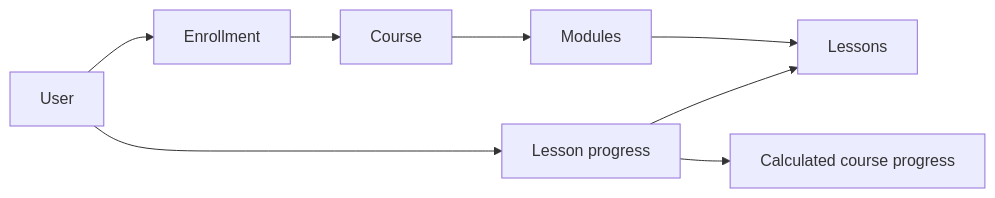
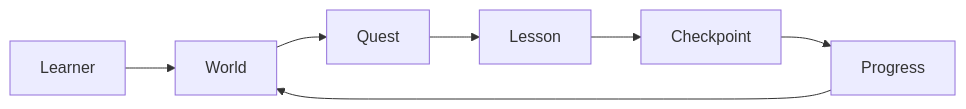
One commit to farismnrr/portofolio changed the first of 3 diagrams in frontend/content/projects/masih-awam-lms.md. Above: the diagram before and after it, drawn with Mermaid. The commit also changed other lines of this file and 6 other files, not shown here.

````diff
--- a/frontend/content/projects/masih-awam-lms.md
+++ b/frontend/content/projects/masih-awam-lms.md
@@ -38,10 +54,9 @@
 ```mermaid
 flowchart LR
-    C[Course] --> M[Modules]
-    M --> L[Lessons]
-    U[User] --> E[Enrollment]
-    E --> C
-    U --> P[Lesson progress]
-    P --> L
-    P --> G[Calculated course progress]
+    U[Learner] --> W[World]
+    W --> Q[Quest]
+    Q --> L[Lesson]
+    L --> C[Checkpoint]
+    C --> P[Progress]
+    P --> W
 ```
````
